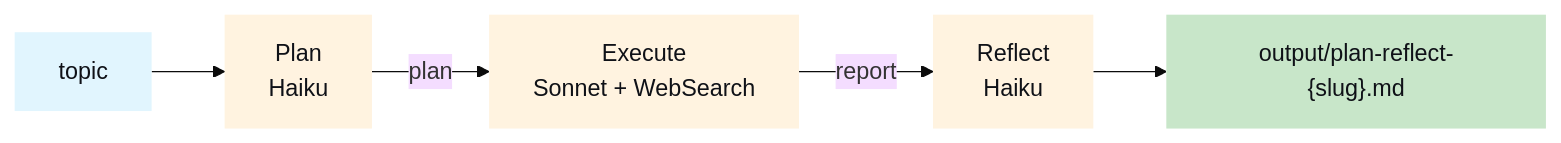
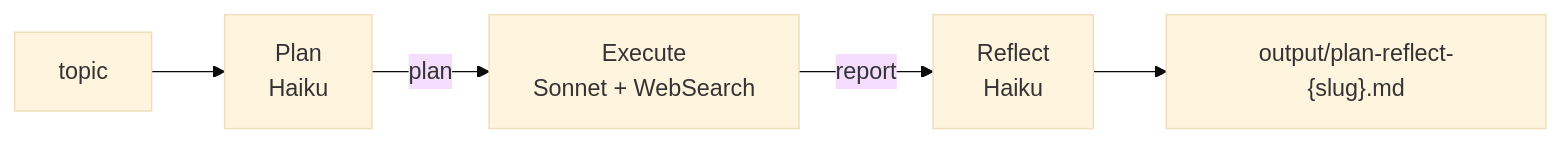
Before and after one commit to mj-deving/managed-agents-research: the fourth of 5 diagrams in README.md, drawn with Mermaid (base theme). The commit also changed other lines of this file and 1 other file, not shown here.

Commit message:
docs: add MIT license, license badge, remove custom Mermaid colors (use GitHub defaults)

````diff
--- a/README.md
+++ b/README.md
@@ -314,13 +300,8 @@
 ```mermaid
 flowchart LR
     A["topic"] --> B["Plan\nHaiku"]
     B -->|"plan"| C["Execute\nSonnet + WebSearch"]
     C -->|"report"| D["Reflect\nHaiku"]
     D --> E["output/plan-reflect-{slug}.md"]
 
-    style A fill:#e1f5fe,color:#0f1117,stroke:none
-    style B fill:#fff3e0,color:#0f1117,stroke:none
-    style C fill:#fff3e0,color:#0f1117,stroke:none
-    style D fill:#fff3e0,color:#0f1117,stroke:none
-    style E fill:#c8e6c9,color:#0f1117,stroke:none
 ```
````
